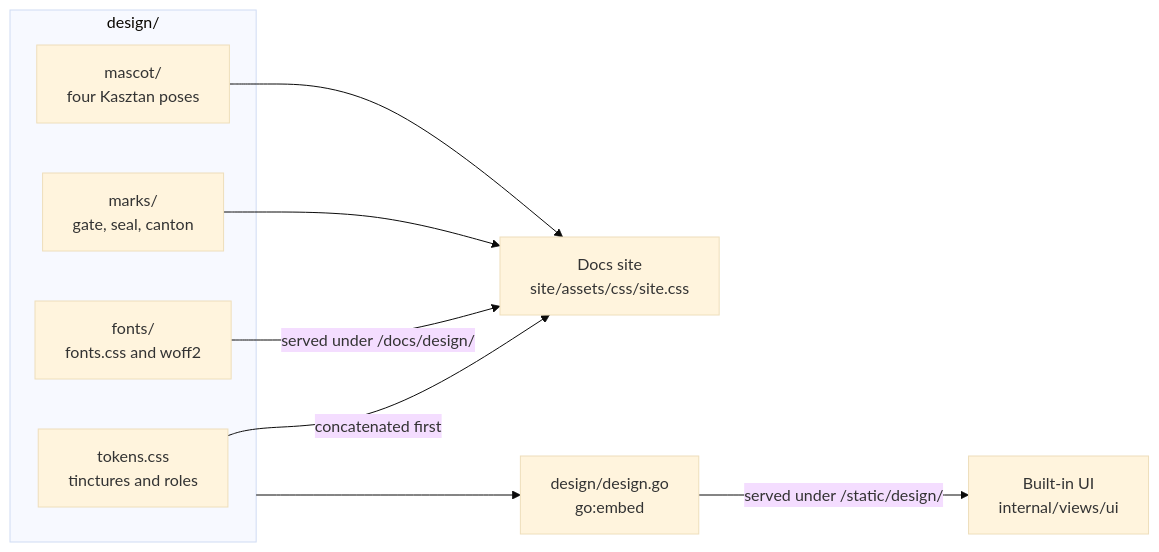
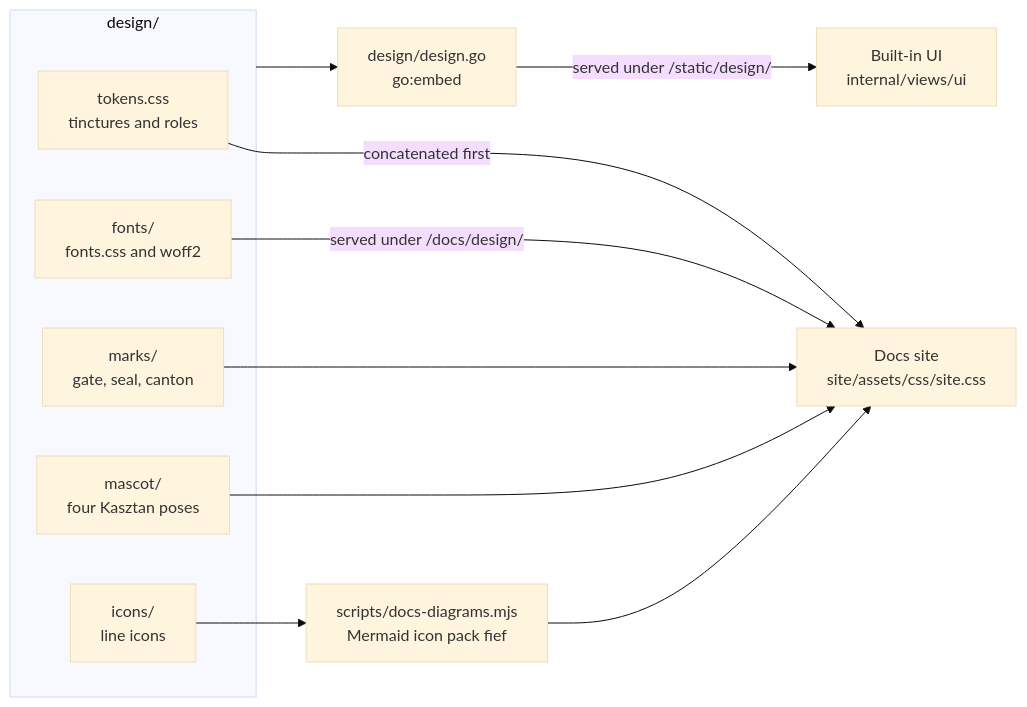
The diagram in docs/dev/design-system.md (arkadiuss/openfief), drawn with Mermaid (base theme) before and after one commit. The commit also changed other lines of this file and 55 other files, not shown here.

First line of the commit message:
docs: one story from landing to reference, guides, and icons in diagrams

````diff
--- a/docs/dev/design-system.md
+++ b/docs/dev/design-system.md
@@ -115,18 +131,21 @@
 ```mermaid
 flowchart LR
   subgraph design["design/"]
     tokens["tokens.css<br/>tinctures and roles"]
     fonts["fonts/<br/>fonts.css and woff2"]
     marks["marks/<br/>gate, seal, canton"]
     mascot["mascot/<br/>four Kasztan poses"]
+    icons["icons/<br/>line icons"]
   end
+  diagrams["scripts/docs-diagrams.mjs<br/>Mermaid icon pack fief"]
   site["Docs site<br/>site/assets/css/site.css"]
   ui["Built-in UI<br/>internal/views/ui"]
   embed["design/design.go<br/>go:embed"]
   tokens -- "concatenated first" --> site
   fonts -- "served under /docs/design/" --> site
   marks --> site
   mascot --> site
+  icons --> diagrams --> site
   design --> embed
   embed -- "served under /static/design/" --> ui
 ```
````
